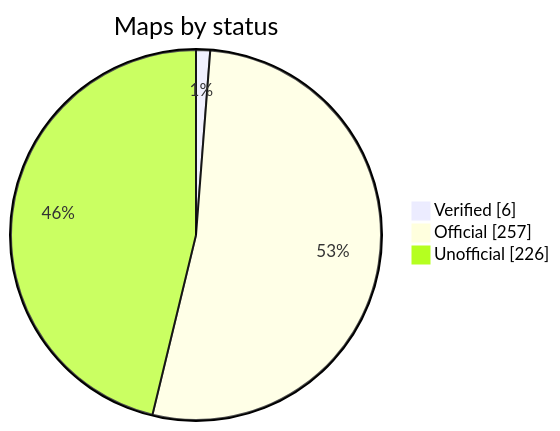
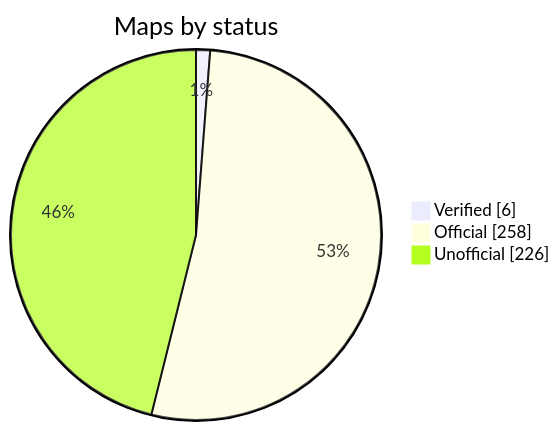
One commit to nobrega8/mbmap-library changed the diagram in README.md. Above: the diagram before and after it, drawn with Mermaid. The commit also changed 2 other files, not shown here.

Commit message:
Add the Alfa Instrumentos 3000C / 3000C.S map (#64) (#65)
Built from the map attached to the request and checked against the
Modbus-RTU command manual, revision 4.3. Registers are numbered from 1
as in the manual (address_base 1); parity is none; the calibration
registers 818 and 819 are split out; flags are bit fields.

````diff
--- a/README.md
+++ b/README.md
@@ -48,7 +48,7 @@
 ```mermaid
 pie showData
     title Maps by status
     "Verified" : 6
-    "Official" : 257
+    "Official" : 258
     "Unofficial" : 226
 ```
````
